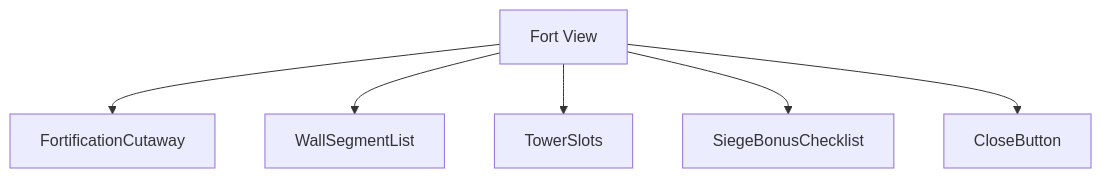
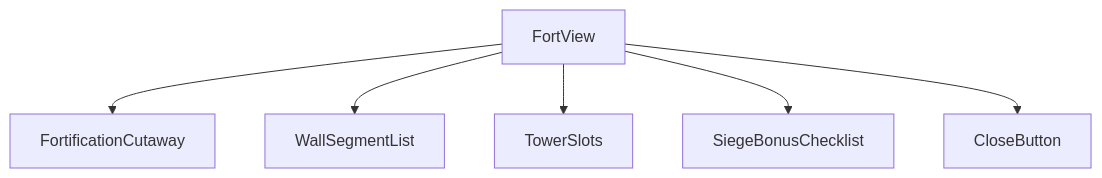
The first of 5 diagrams in docs/architecture/wiki/screens/34-fort-view/architecture.md (SunaNoOshiro/Heroes_Reforged_AI_Realms), drawn with Mermaid before and after one commit. The commit also changed other lines of this file and 518 other files, not shown here.

First line of the commit message:
Add doc-audit skill and sweep architecture/screen docs

````diff
--- a/docs/architecture/wiki/screens/34-fort-view/architecture.md
+++ b/docs/architecture/wiki/screens/34-fort-view/architecture.md
@@ -16,14 +31,14 @@
 ```mermaid
 flowchart TD
-  Root["Fort View"]
+  Root["FortView"]
   C0["FortificationCutaway"]
   Root --> C0
   C1["WallSegmentList"]
   Root --> C1
   C2["TowerSlots"]
   Root --> C2
   C3["SiegeBonusChecklist"]
   Root --> C3
   C4["CloseButton"]
   Root --> C4
 ```
````
